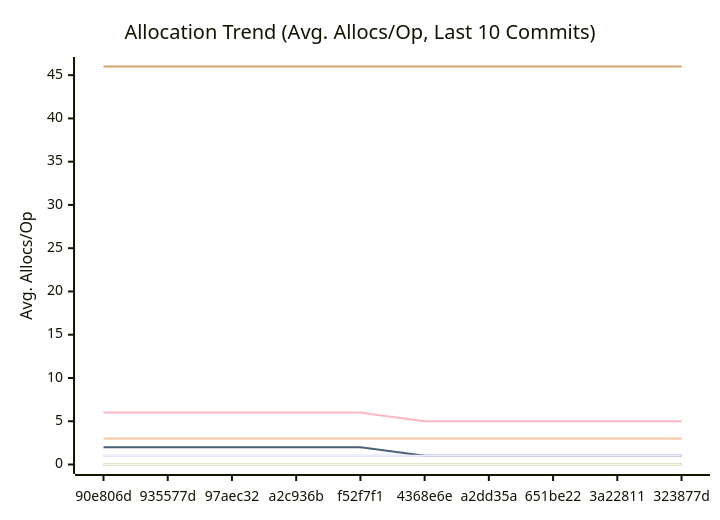
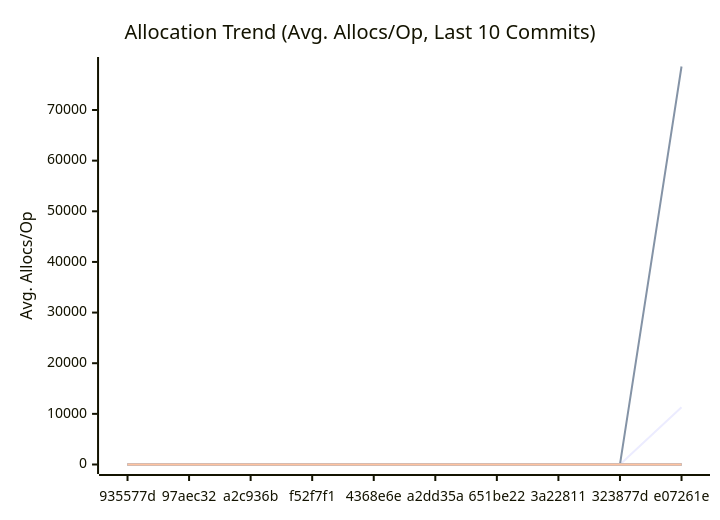
Before and after one commit to alsotoes/momo: the third of 3 diagrams in docs/PERFORMANCE.md, drawn with Mermaid. The commit also changed other lines of this file and 10 other files, not shown here.

````diff
--- a/docs/PERFORMANCE.md
+++ b/docs/PERFORMANCE.md
@@ -176,18 +195,20 @@
 ```mermaid
 xychart-beta
     title "Allocation Trend (Avg. Allocs/Op, Last 10 Commits)"
     x-axis "Commit"
     y-axis "Avg. Allocs/Op"
-    x-axis [90e806d,935577d,97aec32,a2c936b,f52f7f1,4368e6e,a2dd35a,651be22,3a22811,323877d]
+    x-axis [935577d,97aec32,a2c936b,f52f7f1,4368e6e,a2dd35a,651be22,3a22811,323877d,e07261e]
+    line "AWSChunkedReaderSigned" [0,0,0,0,0,0,0,0,0,11316]
+    line "AWSChunkedReaderUnsigned" [0,0,0,0,0,0,0,0,0,78590]
     line "CheckMetricsAndSwap" [0,0,0,0,0,0,0,0,0,0]
     line "CrushOptimized" [0,0,0,0,0,0,0,0,0,0]
     line "CrushOriginal" [3,3,3,3,3,3,3,3,3,3]
     line "IndexDirectTracking" [0,0,0,0,0,0,0,0,0,0]
     line "IndexSearch" [0,0,0,0,0,0,0,0,0,0]
     line "LoadGlobalConfig" [46,46,46,46,46,46,46,46,46,46]
     line "PadString" [1,1,1,1,1,1,1,1,1,1]
     line "ParseReplicationOrder_NoPrealloc" [6,6,6,6,6,5,5,5,5,5]
     line "ParseReplicationOrder_Prealloc" [2,2,2,2,2,1,1,1,1,1]
     line "SanitizeLog/Safe" [0,0,0,0,0,0,0,0,0,0]
     line "SanitizeLog/Unsafe" [1,1,1,1,1,1,1,1,1,1]
 ```
````
